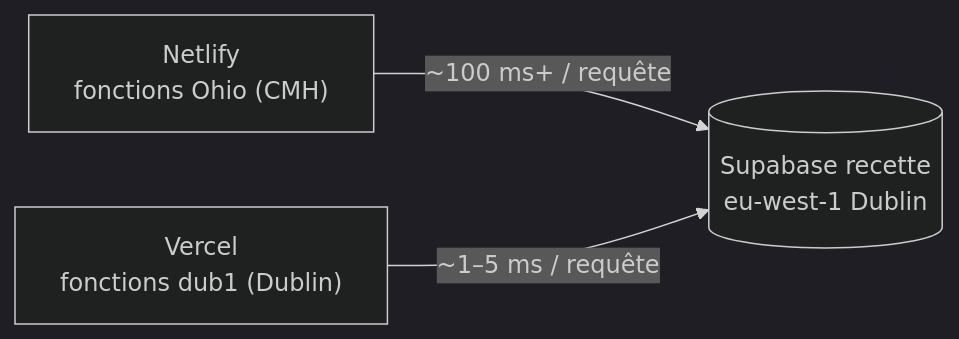
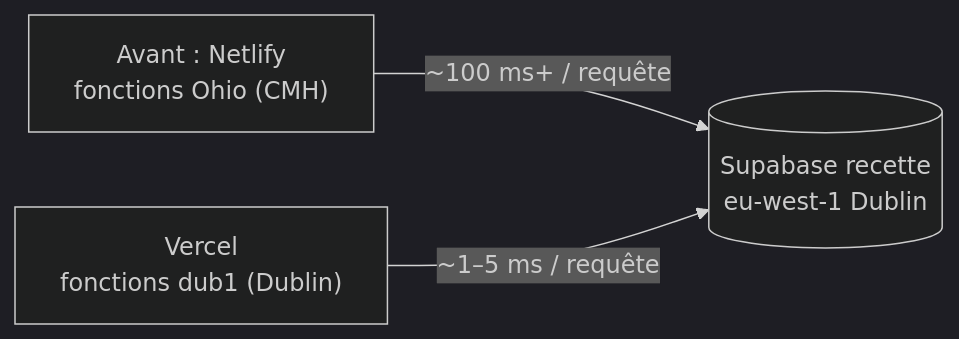
One commit to julleroyfr/interclub changed the first of 2 diagrams in docs/deploiement-vercel.md. Above: the diagram before and after it, drawn with Mermaid (dark theme). The commit also changed other lines of this file and 17 other files, not shown here.

````diff
--- a/docs/deploiement-vercel.md
+++ b/docs/deploiement-vercel.md
@@ -17,5 +17,5 @@
 ```mermaid
 flowchart LR
-  N["Netlify<br/>fonctions Ohio (CMH)"] -- "~100 ms+ / requête" --> S[("Supabase recette<br/>eu-west-1 Dublin")]
+  N["Avant : Netlify<br/>fonctions Ohio (CMH)"] -- "~100 ms+ / requête" --> S[("Supabase recette<br/>eu-west-1 Dublin")]
   V["Vercel<br/>fonctions dub1 (Dublin)"] -- "~1–5 ms / requête" --> S
 ```
````
